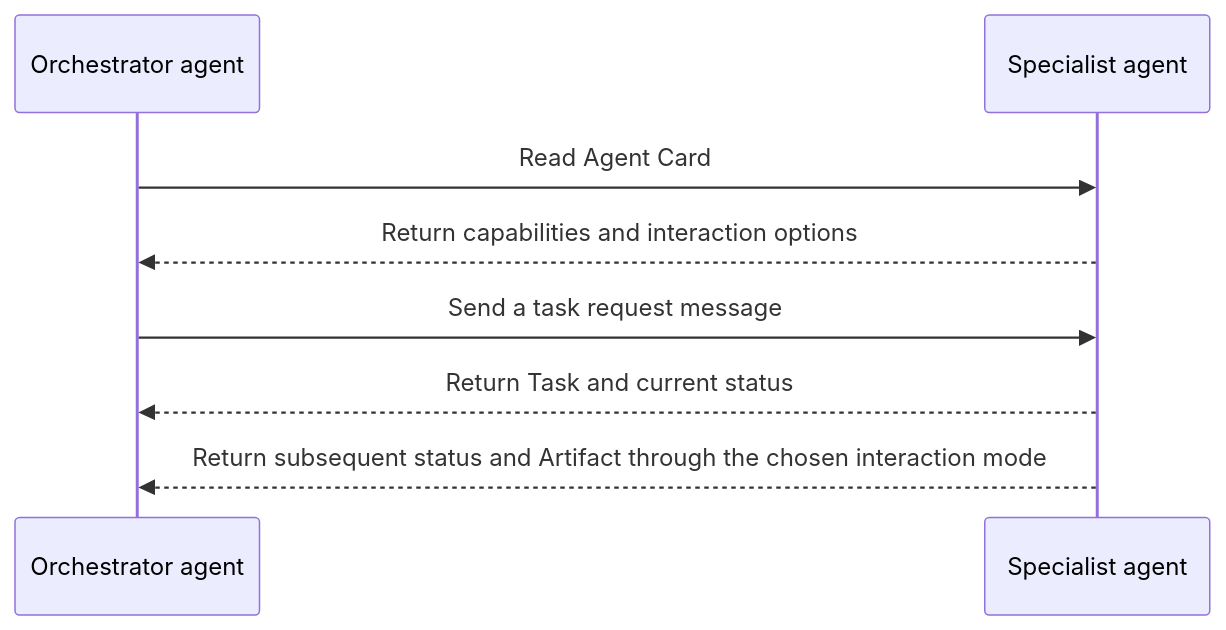
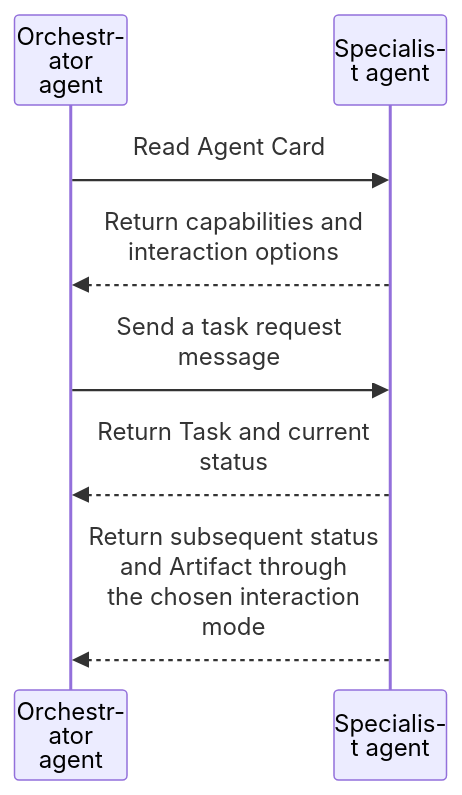
The third of 4 diagrams in docs/agent/01-foundations/01-agent-foundations.md (zongyangbigpolo/awesome-ai-roadmap), drawn with Mermaid before and after one commit. The commit also changed other lines of this file and 320 other files, not shown here.

First line of the commit message:
Prepare compact bilingual diagrams and centralized references for Kindle RC2

````diff
--- a/docs/agent/01-foundations/01-agent-foundations.md
+++ b/docs/agent/01-foundations/01-agent-foundations.md
@@ -222,11 +239,12 @@
 ```mermaid
+%%{init: {"sequence": {"width": 75, "height": 45, "actorMargin": 10, "diagramMarginX": 5, "messageMargin": 18, "wrap": true, "wrapPadding": 5}}}%%
 sequenceDiagram
     participant A as Orchestrator agent
     participant B as Specialist agent
 
     A->>B: Read Agent Card
-    B-->>A: Return capabilities and interaction options
-    A->>B: Send a task request message
-    B-->>A: Return Task and current status
-    B-->>A: Return subsequent status and Artifact through the chosen interaction mode
+    B-->>A: Return capabilities and<br/>interaction options
+    A->>B: Send a task request<br/>message
+    B-->>A: Return Task and current<br/>status
+    B-->>A: Return subsequent status<br/>and Artifact through<br/>the chosen interaction<br/>mode
 ```
````
